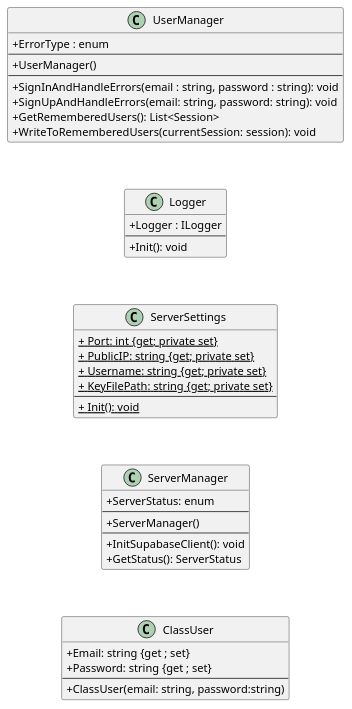
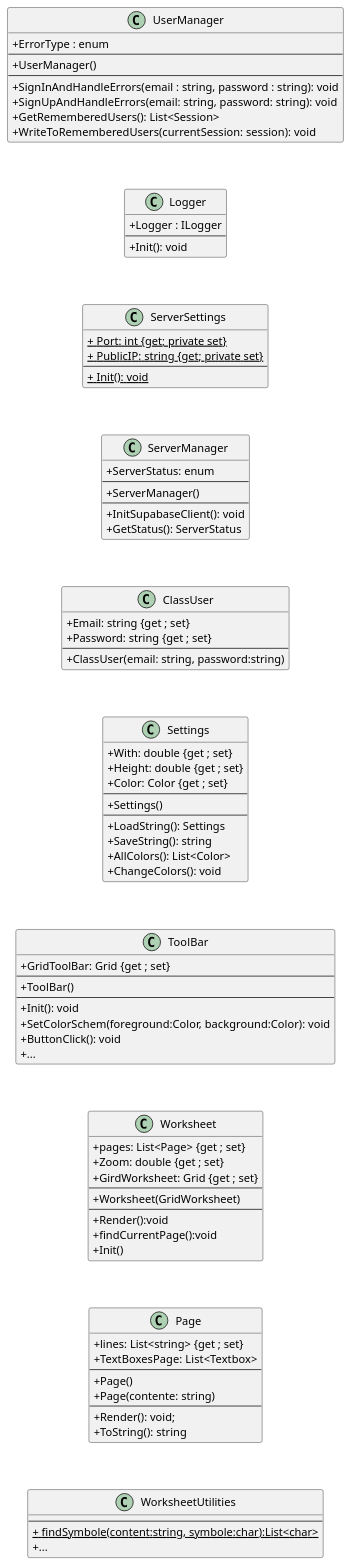
The diagram in doc/idea.md (potexxi/MarkIt), drawn with PlantUML before and after one commit.

Commit message:
Added my ClassUML
I added a few idears for my ClassUML

```diff
--- a/doc/idea.md
+++ b/doc/idea.md
@@ -84,8 +84,6 @@
 class ServerSettings {
     <u>+ Port: int {get; private set}
     <u>+ PublicIP: string {get; private set}
-    <u>+ Username: string {get; private set}
-    <u>+ KeyFilePath: string {get; private set}
     --
     <u>+ Init(): void
 }
@@ -106,6 +104,61 @@
     + ClassUser(email: string, password:string)
 }
 
+class Settings{
+    + With: double {get ; set}
+    + Height: double {get ; set}
+    + Color: Color {get ; set}
+    --
+    + Settings()
+    --
+    + LoadString(): Settings
+    + SaveString(): string
+    + AllColors(): List<Color>
+    + ChangeColors(): void
+}
+
+class ToolBar{
+    + GridToolBar: Grid {get ; set}
+    --
+    + ToolBar()
+    --
+    + Init(): void
+    + SetColorSchem(foreground:Color, background:Color): void
+    + ButtonClick(): void
+    + ...
+}
+
+class Worksheet{
+    + pages: List<Page> {get ; set}
+    + Zoom: double {get ; set}
+    + GirdWorksheet: Grid {get ; set}
+    --
+    + Worksheet(GridWorksheet)
+    --
+    + Render():void
+    + findCurrentPage():void
+    + Init()
+}
+
+class Page{
+    + lines: List<string> {get ; set}
+    + TextBoxesPage: List<Textbox>
+    --
+    + Page()
+    + Page(contente: string)
+    --
+    + Render(): void;
+    + ToString(): string
+}
+
+class WorksheetUtilities{
+    --
+    <u>+ findSymbole(content:string, symbole:char):List<char>
+    + ...
+}
+
+
+
 ' ChatGPT Anfang
 ' prompt: wie kann ich in plantuml diagramme untereinenader machen
 UserManager -[hidden]-> Logger
@@ -114,4 +167,10 @@
 ServerManager -[hidden]-> ClassUser
 ' ChatGPT ende
 
+ClassUser -[hidden]-> Settings
+Settings -[hidden]-> ToolBar
+ToolBar -[hidden]-> Worksheet
+Worksheet -[hidden]-> Page
+Page -[hidden]-> WorksheetUtilities
+
 @enduml
```
